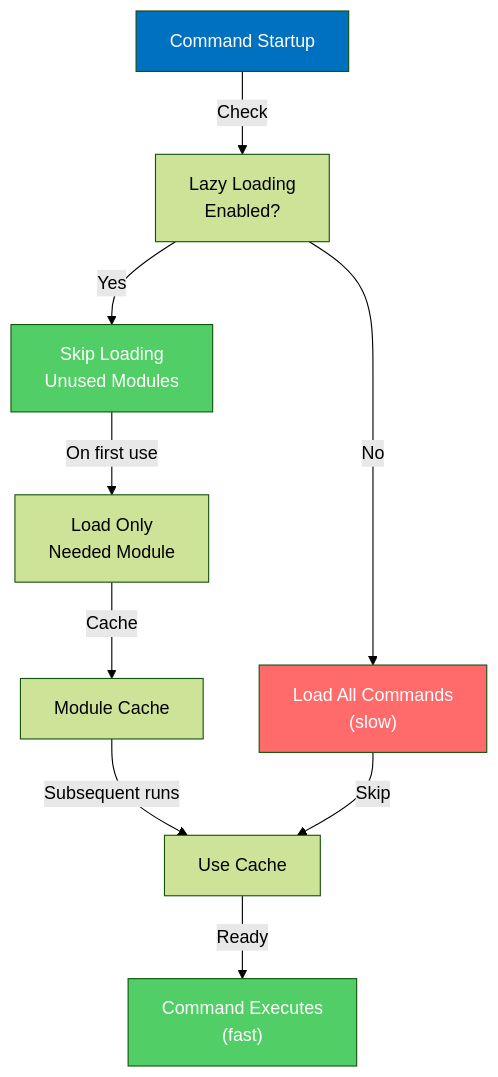
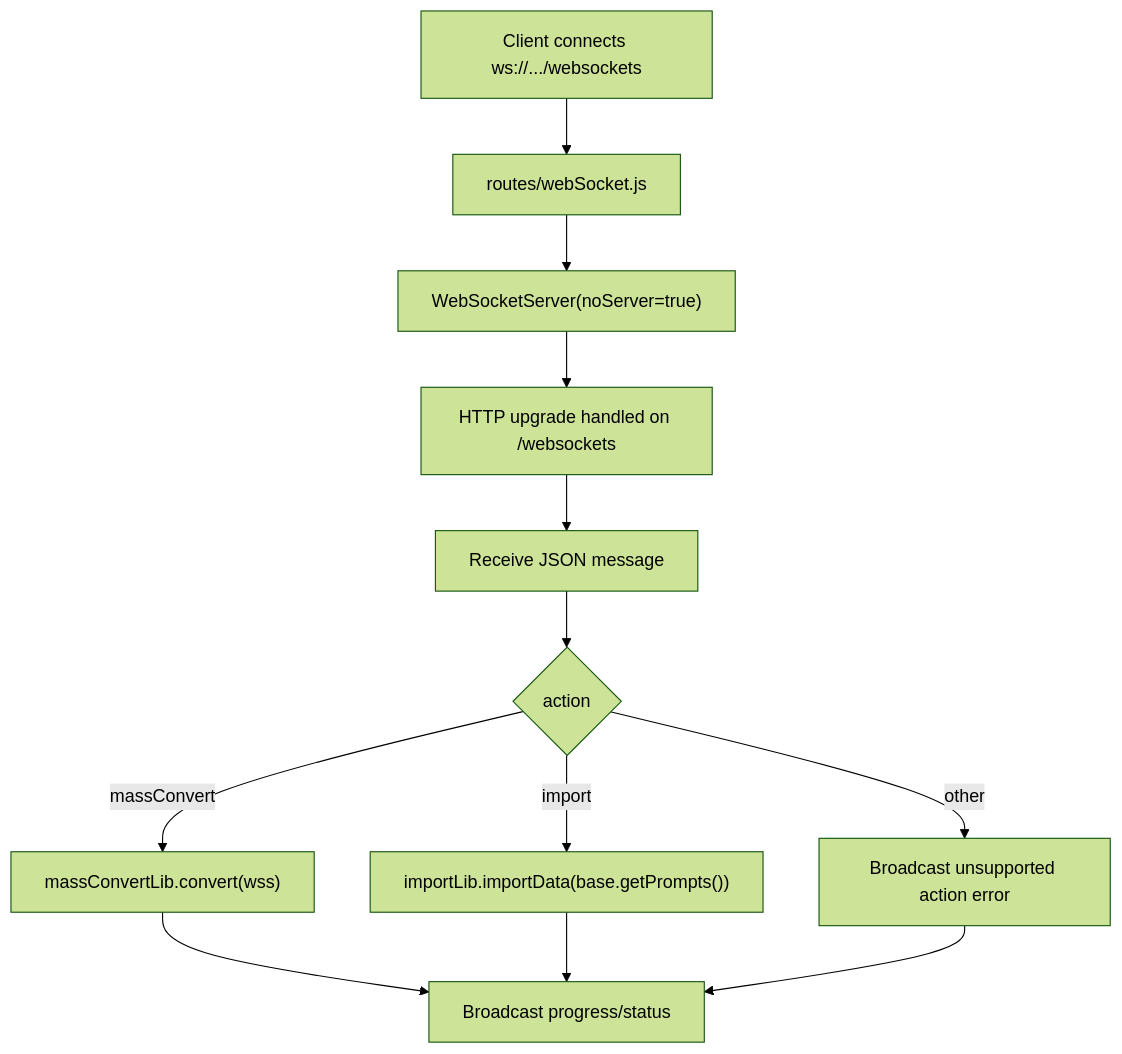
One commit to SAP-samples/hana-developer-cli-tool-example changed the fourth of 5 diagrams in docs/04-api-reference/command-flows.md. Above: the diagram before and after it, drawn with Mermaid (forest theme). The commit also changed other lines of this file and 4 other files, not shown here.

First line of the commit message:
Refactor HTTP Routes Documentation and Swagger Implementation

````diff
--- a/docs/04-api-reference/command-flows.md
+++ b/docs/04-api-reference/command-flows.md
@@ -256,16 +46,14 @@
 ```mermaid
 graph TD
-    A["Command Startup"] -->|Check| B["Lazy Loading<br/>Enabled?"]
-    B -->|Yes| C["Skip Loading<br/>Unused Modules"]
-    B -->|No| D["Load All Commands<br/>(slow)"]
-    C -->|On first use| E["Load Only<br/>Needed Module"]
-    E -->|Cache| F["Module Cache"]
-    F -->|Subsequent runs| G["Use Cache"]
-    D -->|Skip| G
-    G -->|Ready| H["Command Executes<br/>(fast)"]
-    
-    style A fill:#0070C0,color:#fff
-    style C fill:#51CF66,color:#fff
-    style H fill:#51CF66,color:#fff
-    style D fill:#FF6B6B,color:#fff
+    A["Client connects ws://.../websockets"] --> B["routes/webSocket.js"]
+    B --> C["WebSocketServer(noServer=true)"]
+    C --> D["HTTP upgrade handled on /websockets"]
+    D --> E["Receive JSON message"]
+    E --> F{"action"}
+    F -->|massConvert| G["massConvertLib.convert(wss)"]
+    F -->|import| H["importLib.importData(base.getPrompts())"]
+    F -->|other| I["Broadcast unsupported action error"]
+    G --> J["Broadcast progress/status"]
+    H --> J
+    I --> J
 ```
````
